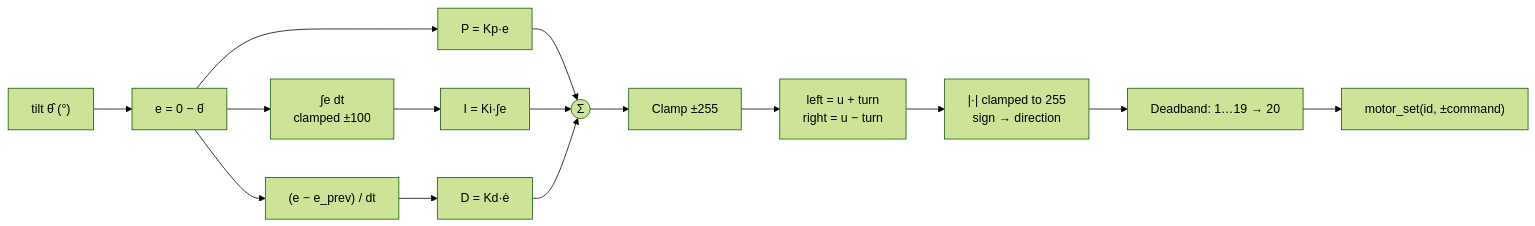
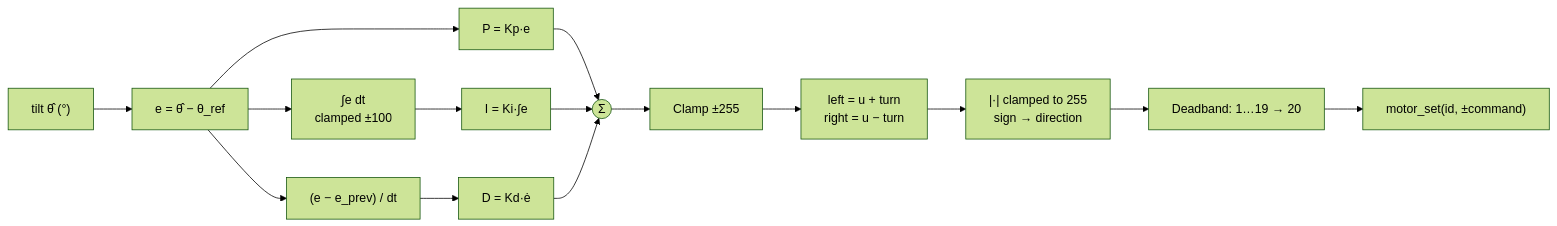
The first of 2 diagrams in docs/08-pid-implementation.md (machadothi/balancing_robot), drawn with Mermaid (forest theme) before and after one commit. The commit also changed other lines of this file and 12 other files, not shown here.

````diff
--- a/docs/08-pid-implementation.md
+++ b/docs/08-pid-implementation.md
@@ -22,15 +22,15 @@
 ```mermaid
 flowchart LR
-    TILT["tilt θ̂ (°)"] --> ERR["e = 0 − θ̂"]
+    TILT["tilt θ̂ (°)"] --> ERR["e = θ̂ − θ_ref"]
     ERR --> P["P = Kp·e"]
     ERR --> INT["∫e dt<br/>clamped ±100"] --> I["I = Ki·∫e"]
     ERR --> DIFF["(e − e_prev) / dt"] --> D["D = Kd·ė"]
     P --> SUM(("Σ"))
     I --> SUM
     D --> SUM
     SUM --> SAT1["Clamp ±255"]
     SAT1 --> MIX["left = u + turn<br/>right = u − turn"]
     MIX --> SAT2["|·| clamped to 255<br/>sign → direction"]
     SAT2 --> DB["Deadband: 1…19 → 20"]
     DB --> PWM["motor_set(id, ±command)"]
 ```
````
